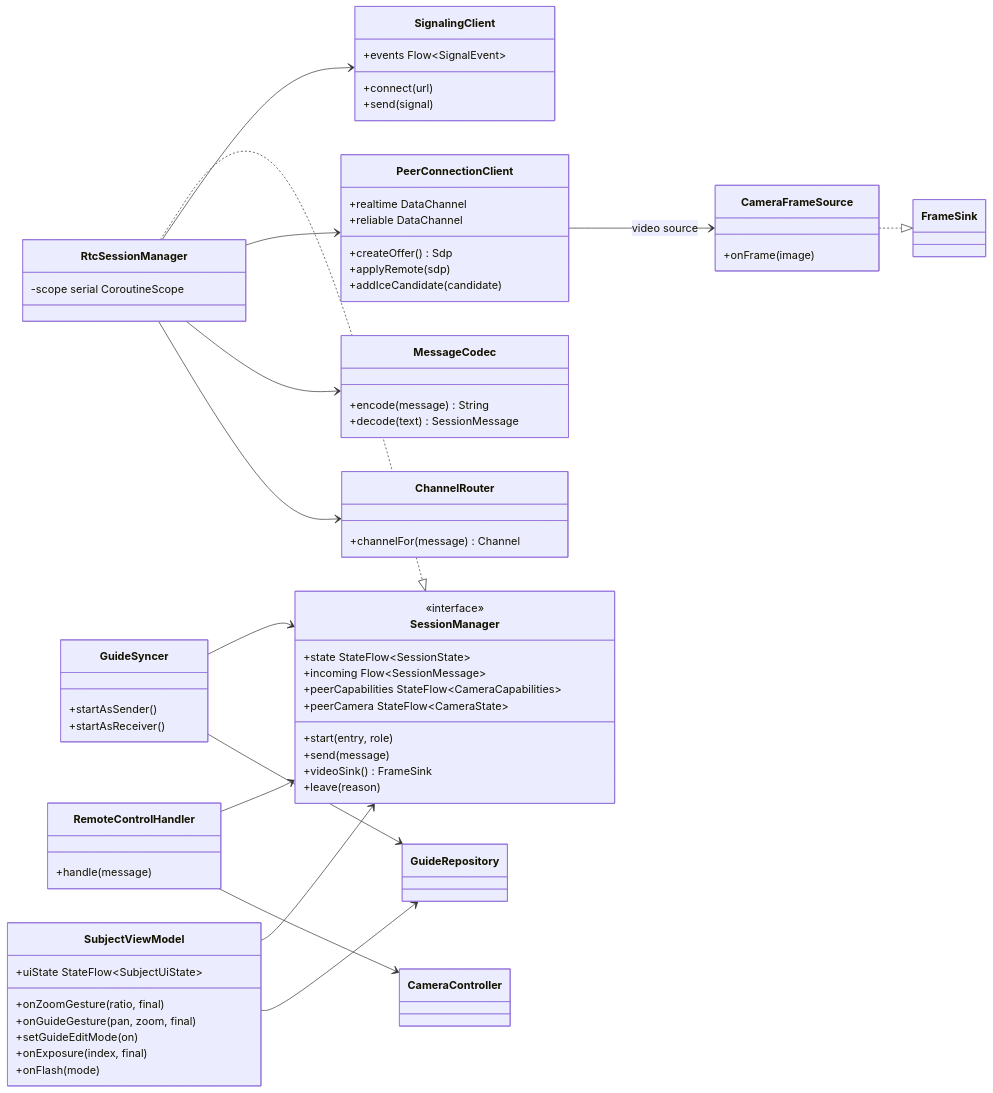
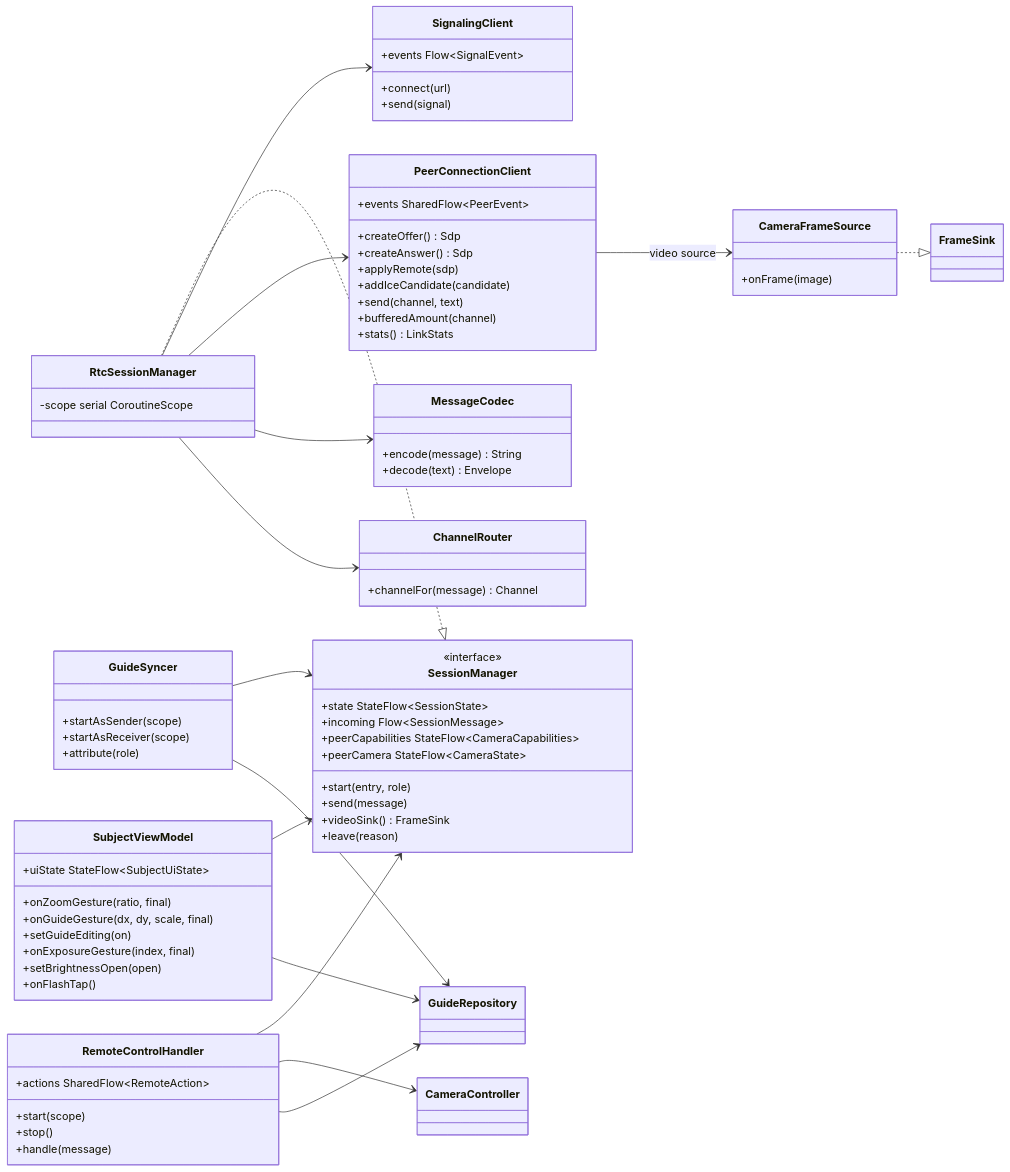
The seventh of 12 diagrams in wiki/Design-Documentation.md (snuhcs-course/swpp-2026-project-team-10), drawn with Mermaid before and after one commit. The commit also changed other lines of this file and 10 other files, not shown here.

````diff
--- a/wiki/Design-Documentation.md
+++ b/wiki/Design-Documentation.md
@@ -547,68 +583,77 @@
 ```mermaid
 classDiagram
   direction LR
   class SessionManager {
     <<interface>>
     +state StateFlow~SessionState~
     +incoming Flow~SessionMessage~
     +peerCapabilities StateFlow~CameraCapabilities~
     +peerCamera StateFlow~CameraState~
     +start(entry, role)
     +send(message)
     +videoSink() FrameSink
     +leave(reason)
   }
   class RtcSessionManager {
     -scope serial CoroutineScope
   }
   class SignalingClient {
     +connect(url)
     +send(signal)
     +events Flow~SignalEvent~
   }
   class PeerConnectionClient {
+    +events SharedFlow~PeerEvent~
     +createOffer() Sdp
+    +createAnswer() Sdp
     +applyRemote(sdp)
     +addIceCandidate(candidate)
-    +realtime DataChannel
-    +reliable DataChannel
+    +send(channel, text)
+    +bufferedAmount(channel)
+    +stats() LinkStats
   }
   class CameraFrameSource {
     +onFrame(image)
   }
   class MessageCodec {
     +encode(message) String
-    +decode(text) SessionMessage
+    +decode(text) Envelope
   }
   class ChannelRouter {
     +channelFor(message) Channel
   }
   class GuideSyncer {
-    +startAsSender()
-    +startAsReceiver()
+    +startAsSender(scope)
+    +startAsReceiver(scope)
+    +attribute(role)
   }
   class RemoteControlHandler {
+    +actions SharedFlow~RemoteAction~
+    +start(scope)
+    +stop()
     +handle(message)
   }
   class SubjectViewModel {
     +uiState StateFlow~SubjectUiState~
     +onZoomGesture(ratio, final)
-    +onGuideGesture(pan, zoom, final)
-    +setGuideEditMode(on)
-    +onExposure(index, final)
-    +onFlash(mode)
+    +onGuideGesture(dx, dy, scale, final)
+    +setGuideEditing(on)
+    +onExposureGesture(index, final)
+    +setBrightnessOpen(open)
+    +onFlashTap()
   }
   RtcSessionManager ..|> SessionManager
   RtcSessionManager --> SignalingClient
   RtcSessionManager --> PeerConnectionClient
   RtcSessionManager --> MessageCodec
   RtcSessionManager --> ChannelRouter
   PeerConnectionClient --> CameraFrameSource : video source
   CameraFrameSource ..|> FrameSink
   GuideSyncer --> SessionManager
   GuideSyncer --> GuideRepository
   RemoteControlHandler --> SessionManager
   RemoteControlHandler --> CameraController
+  RemoteControlHandler --> GuideRepository
   SubjectViewModel --> SessionManager
   SubjectViewModel --> GuideRepository
 ```
````
